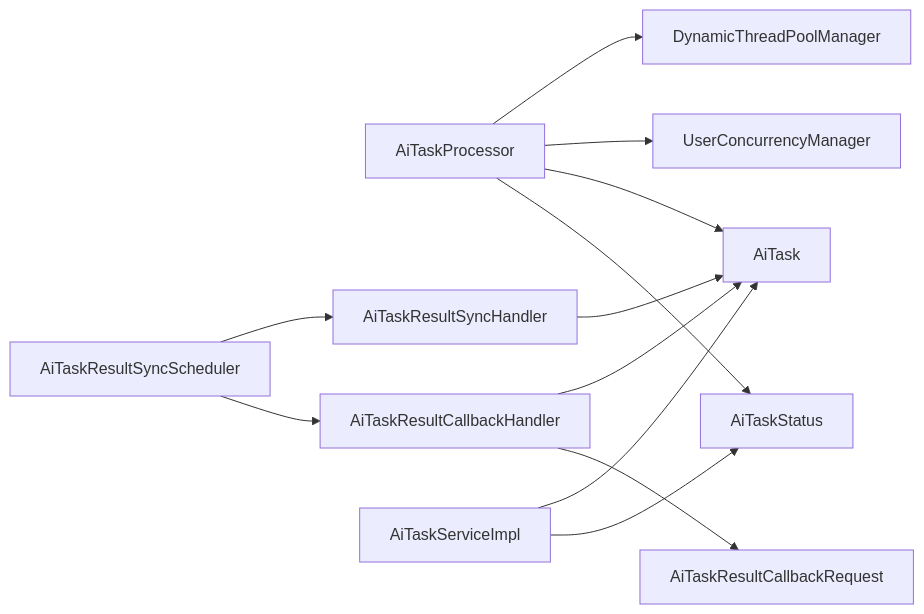
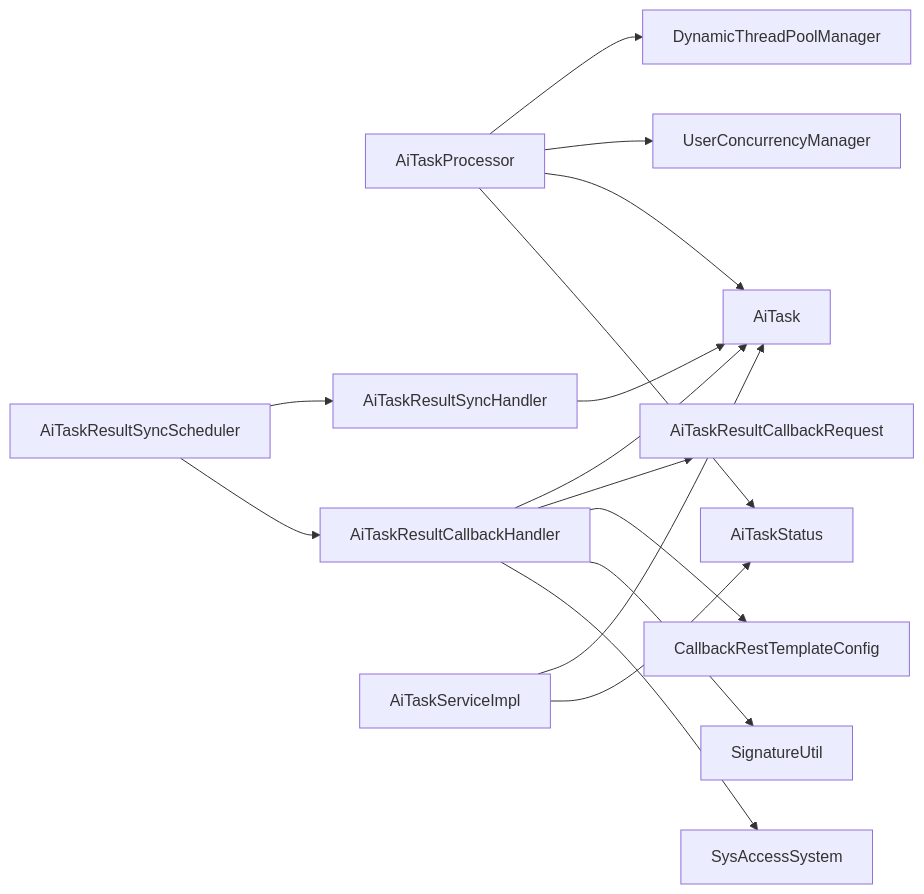
The tenth of 10 diagrams in .qoder/repowiki/zh/content/后端服务/AI处理服务 (ele-ai-tender-ai)/异步任务处理与线程池管理/AI任务生命周期管理.md (DrunkFood/First), drawn with Mermaid before and after one commit. The commit also changed other lines of this file and 77 other files, not shown here.

````diff
--- a/.qoder/repowiki/zh/content/后端服务/AI处理服务 (ele-ai-tender-ai)/异步任务处理与线程池管理/AI任务生命周期管理.md
+++ b/.qoder/repowiki/zh/content/后端服务/AI处理服务 (ele-ai-tender-ai)/异步任务处理与线程池管理/AI任务生命周期管理.md
@@ -445,14 +484,17 @@
 ```mermaid
 graph LR
 Processor["AiTaskProcessor"] --> Pool["DynamicThreadPoolManager"]
 Processor --> Concurrency["UserConcurrencyManager"]
 Processor --> Entity["AiTask"]
 Processor --> Status["AiTaskStatus"]
 SyncSch["AiTaskResultSyncScheduler"] --> SyncH["AiTaskResultSyncHandler"]
 SyncSch --> Callback["AiTaskResultCallbackHandler"]
 SyncH --> Entity
 Callback --> Entity
 Callback --> Request["AiTaskResultCallbackRequest"]
+Callback --> Config["CallbackRestTemplateConfig"]
+Callback --> Signature["SignatureUtil"]
+Callback --> System["SysAccessSystem"]
 Service["AiTaskServiceImpl"] --> Entity
 Service --> Status
 ```
````
